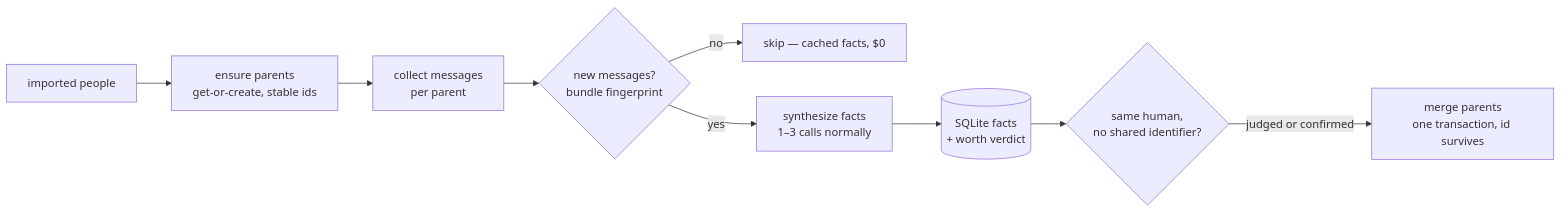
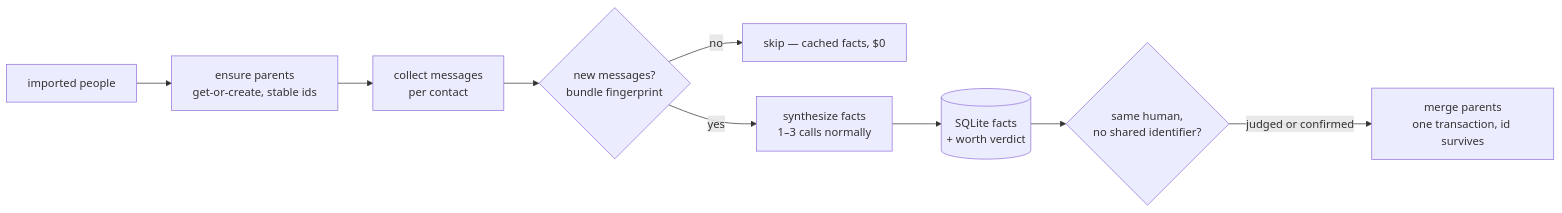
Before and after one commit to powerset-co/powerpacks: the second of 3 diagrams in packs/ingestion/primitives/deep_context/README.md, drawn with Mermaid. The commit also changed other lines of this file and 48 other files, not shown here.

````diff
--- a/packs/ingestion/primitives/deep_context/README.md
+++ b/packs/ingestion/primitives/deep_context/README.md
@@ -137,11 +148,11 @@
 ```mermaid
 flowchart LR
   import[imported people] --> ensure["ensure parents\nget-or-create, stable ids"]
-  ensure --> collect["collect messages\nper parent"]
+  ensure --> collect["collect messages\nper contact"]
   collect --> changed{"new messages?\nbundle fingerprint"}
   changed -- no --> skip["skip — cached facts, $0"]
   changed -- yes --> llm["synthesize facts\n1–3 calls normally"]
   llm --> facts[("SQLite facts\n+ worth verdict")]
   facts --> pair{"same human,\nno shared identifier?"}
   pair -- judged or confirmed --> merge["merge parents\none transaction, id survives"]
 ```
````
